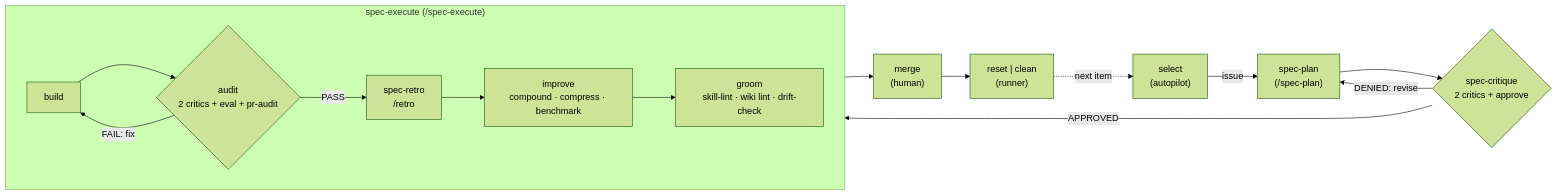
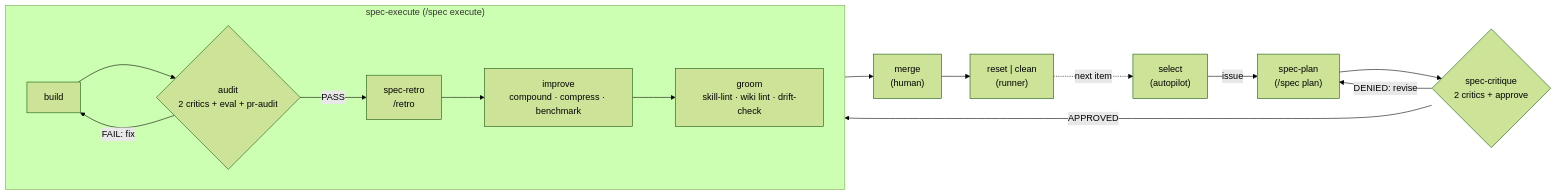
One commit to mifunedev/openharness changed the diagram in AGENTS.md. Above: the diagram before and after it, drawn with Mermaid (forest theme). The commit also changed other lines of this file and 13 other files, not shown here.

````diff
--- a/AGENTS.md
+++ b/AGENTS.md
@@ -133,18 +133,18 @@
 ```mermaid
 flowchart LR
-    SEL["select<br/>(autopilot)"] -->|issue| PLAN["spec-plan<br/>(/spec-plan)"]
+    SEL["select<br/>(autopilot)"] -->|issue| PLAN["spec-plan<br/>(/spec plan)"]
     PLAN --> CRIT{"spec-critique<br/>2 critics + approve"}
     CRIT -->|DENIED: revise| PLAN
     CRIT -->|APPROVED| BUILD["build"]
-    subgraph EXEC["spec-execute (/spec-execute)"]
+    subgraph EXEC["spec-execute (/spec execute)"]
         direction LR
         BUILD --> AUDIT{"audit<br/>2 critics + eval + pr-audit"}
         AUDIT -->|FAIL: fix| BUILD
         AUDIT -->|PASS| SRETRO["spec-retro<br/>/retro"]
         SRETRO --> IMPROVE["improve<br/>compound · compress · benchmark"]
         IMPROVE --> GROOM["groom<br/>skill-lint · wiki lint · drift-check"]
     end
     GROOM --> MERGE["merge<br/>(human)"]
     MERGE --> RESET["reset | clean<br/>(runner)"]
     RESET -.->|next item| SEL
 ```
````
